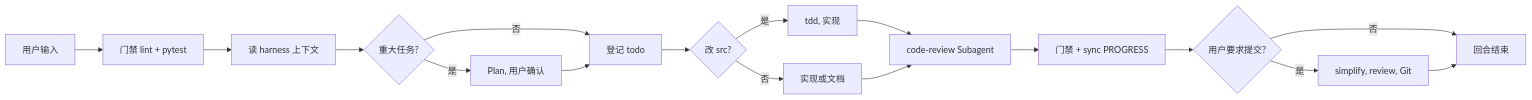
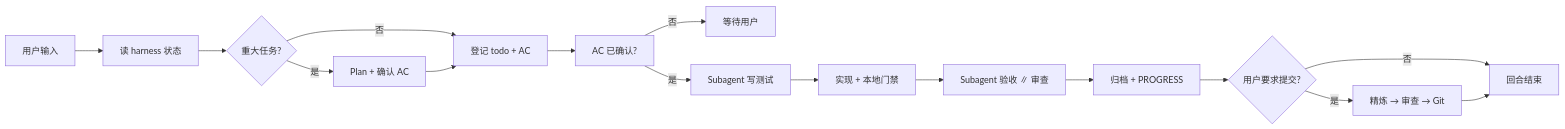
One commit to HYX-LHJ/mini-harness changed the diagram in README.zh-CN.md. Above: the diagram before and after it, drawn with Mermaid. The commit also changed other lines of this file and 226 other files, not shown here.

First line of the commit message:
feat!: migrate to mini-harness plugin architecture (v2.0.0)

````diff
--- a/README.zh-CN.md
+++ b/README.zh-CN.md
@@ -86,19 +93,18 @@
 ```mermaid
 flowchart LR
-    A["用户输入"] --> B["门禁 lint + pytest"]
-    B --> C["读 harness 上下文"]
-    C --> D{"重大任务?"}
-    D -->|是| E["Plan, 用户确认"]
-    D -->|否| F["登记 todo"]
-    E --> F
-    F --> G{"改 src?"}
-    G -->|是| H["tdd, 实现"]
-    G -->|否| I["实现或文档"]
-    H --> J["code-review Subagent"]
-    I --> J
-    J --> K["门禁 + sync PROGRESS"]
+    A["用户输入"] --> B["读 harness 状态"]
+    B --> C{"重大任务?"}
+    C -->|是| D["Plan + 确认 AC"]
+    C -->|否| E["登记 todo + AC"]
+    D --> E
+    E --> F["AC 已确认?"]
+    F -->|否| G["等待用户"]
+    F -->|是| H["Subagent 写测试"]
+    H --> I["实现 + 本地门禁"]
+    I --> J["Subagent 验收 ∥ 审查"]
+    J --> K["归档 + PROGRESS"]
     K --> L{"用户要求提交?"}
-    L -->|是| M["simplify, review, Git"]
+    L -->|是| M["精炼 → 审查 → Git"]
     L -->|否| N["回合结束"]
     M --> N
 ```
````
